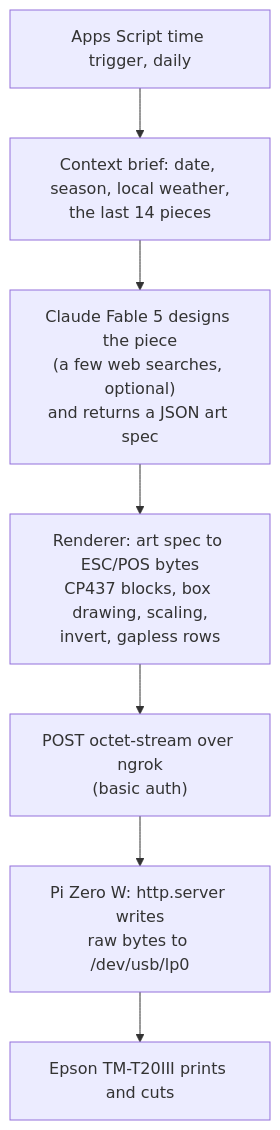
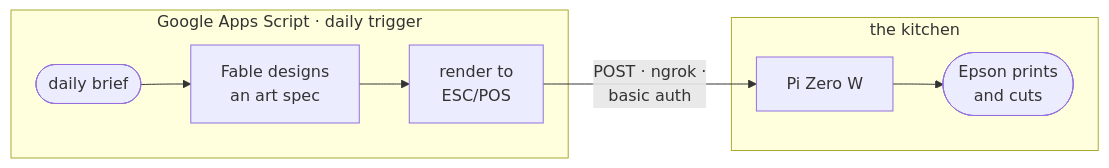
Before and after one commit to matt-w-horn/morningprint: the diagram in README.md, drawn with Mermaid.

Commit message:
README: compact horizontal mermaid diagram
Five short-labeled nodes in two clusters (Apps Script cloud vs. the
kitchen) with the transport hop as an edge label, replacing the seven-
node vertical chain whose text duplicated the numbered list below it.

````diff
--- a/README.md
+++ b/README.md
@@ -23,11 +23,10 @@
 ```mermaid
-graph TD
-  A["Apps Script time trigger, daily"]
-  B["Context brief: date, season, local weather,<br/>the last 14 pieces"]
-  C["Claude Fable 5 designs the piece<br/>(a few web searches, optional)<br/>and returns a JSON art spec"]
-  D["Renderer: art spec to ESC/POS bytes<br/>CP437 blocks, box drawing, scaling,<br/>invert, gapless rows"]
-  E["POST octet-stream over ngrok<br/>(basic auth)"]
-  F["Pi Zero W: http.server writes<br/>raw bytes to /dev/usb/lp0"]
-  G["Epson TM-T20III prints and cuts"]
-  A --> B --> C --> D --> E --> F --> G
+graph LR
+  subgraph cloud["Google Apps Script · daily trigger"]
+    A(["daily brief"]) --> B["Fable designs<br/>an art spec"] --> C["render to<br/>ESC/POS"]
+  end
+  subgraph kitchen["the kitchen"]
+    D["Pi Zero W"] --> E(["Epson prints<br/>and cuts"])
+  end
+  C -- "POST · ngrok ·<br/>basic auth" --> D
 ```
````
